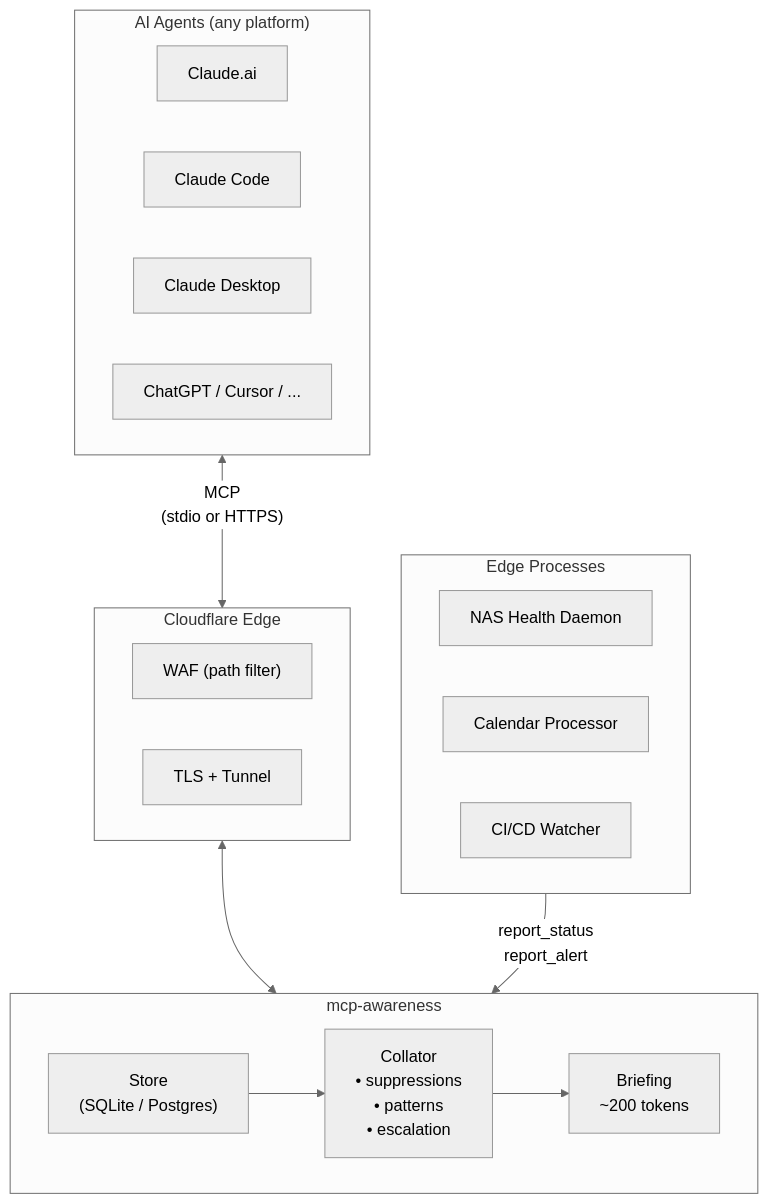
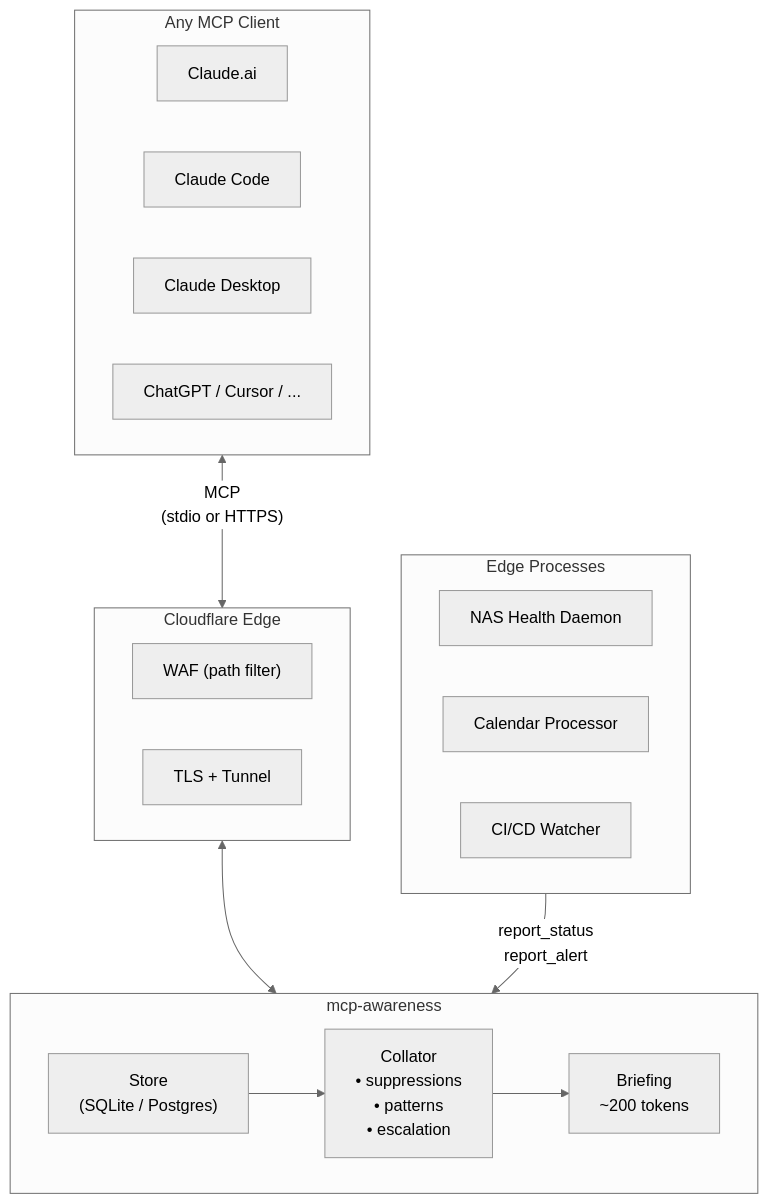
The diagram in README.md (cmeans/mcp-awareness), drawn with Mermaid (neutral theme) before and after one commit. The commit also changed other lines of this file, not shown here.

````diff
--- a/README.md
+++ b/README.md
@@ -68,32 +82,32 @@
 ```mermaid
 flowchart TB
-    subgraph Agents["AI Agents (any platform)"]
+    subgraph Clients["Any MCP Client"]
         A1["Claude.ai"]
         A2["Claude Code"]
         A3["Claude Desktop"]
         A4["ChatGPT / Cursor / ..."]
     end
 
     subgraph Security["Cloudflare Edge"]
         WAF["WAF (path filter)"]
         TLS["TLS + Tunnel"]
     end
 
     subgraph Edge["Edge Processes"]
         E1["NAS Health Daemon"]
         E2["Calendar Processor"]
         E3["CI/CD Watcher"]
     end
 
     subgraph Server["mcp-awareness"]
         direction LR
         Store["Store\n(SQLite / Postgres)"]
         Collator["Collator\n• suppressions\n• patterns\n• escalation"]
         Briefing["Briefing\n~200 tokens"]
         Store --> Collator --> Briefing
     end
 
-    Agents <-- "MCP\n(stdio or HTTPS)" --> Security
+    Clients <-- "MCP\n(stdio or HTTPS)" --> Security
     Security <--> Server
     Edge -- "report_status\nreport_alert" --> Server
 ```
````
